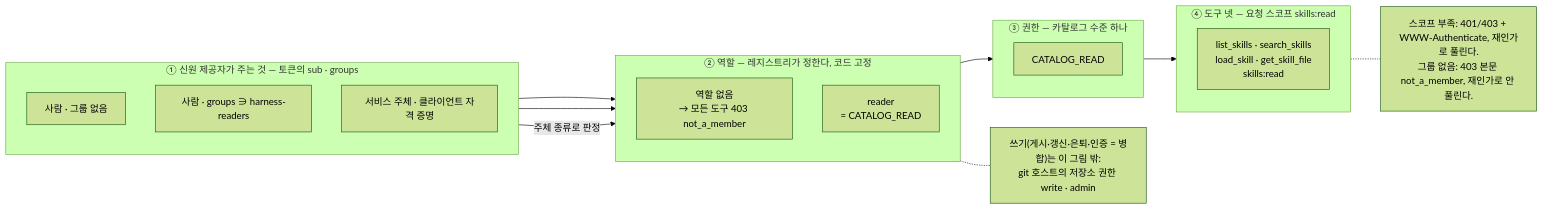
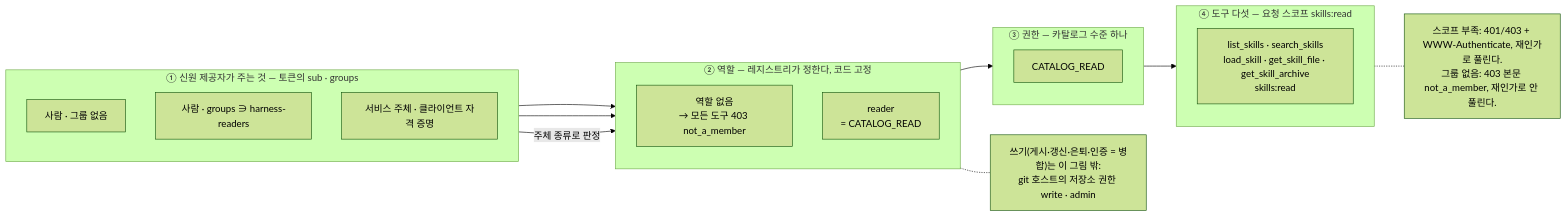
Before and after one commit to alteralab/harness-catalog: the fourth of 4 diagrams in DESIGN.md, drawn with Mermaid (forest theme). The commit also changed other lines of this file and 19 other files, not shown here.

````diff
--- a/DESIGN.md
+++ b/DESIGN.md
@@ -273,31 +273,31 @@
 ```mermaid
 flowchart LR
     subgraph L1["① 신원 제공자가 주는 것 — 토큰의 sub · groups"]
         direction TB
         H0["사람 · 그룹 없음"]
         HR["사람 · groups ∋ harness-readers"]
         S0["서비스 주체 · 클라이언트 자격 증명"]
     end
     subgraph L2["② 역할 — 레지스트리가 정한다, 코드 고정"]
         direction TB
         RX["역할 없음<br/>→ 모든 도구 403 not_a_member"]
         R0["reader<br/>= CATALOG_READ"]
     end
     subgraph L3["③ 권한 — 카탈로그 수준 하나"]
         direction TB
         P0["CATALOG_READ"]
     end
-    subgraph L4["④ 도구 넷 — 요청 스코프 skills:read"]
+    subgraph L4["④ 도구 다섯 — 요청 스코프 skills:read"]
         direction TB
-        T0["list_skills · search_skills<br/>load_skill · get_skill_file<br/>skills:read"]
+        T0["list_skills · search_skills<br/>load_skill · get_skill_file · get_skill_archive<br/>skills:read"]
     end
     H0 --> RX
     HR --> R0
     S0 -- "주체 종류로 판정" --> R0
     R0 --> P0
     P0 --> T0
     G["쓰기(게시·갱신·은퇴·인증 = 병합)는 이 그림 밖:<br/>git 호스트의 저장소 권한 write · admin"]
     N2["스코프 부족: 401/403 + WWW-Authenticate, 재인가로 풀린다.<br/>그룹 없음: 403 본문 not_a_member, 재인가로 안 풀린다."]
     L2 -.- G
     L4 -.- N2
 ```
````
